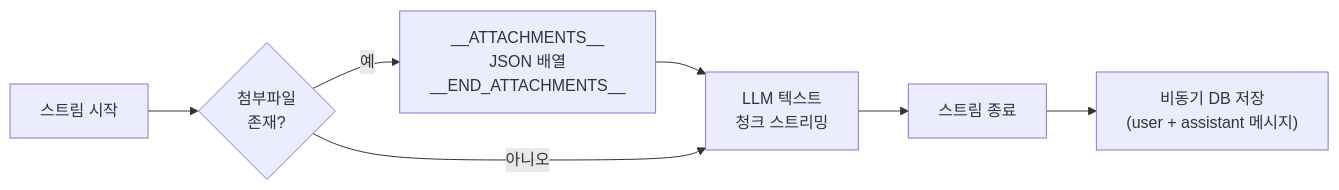
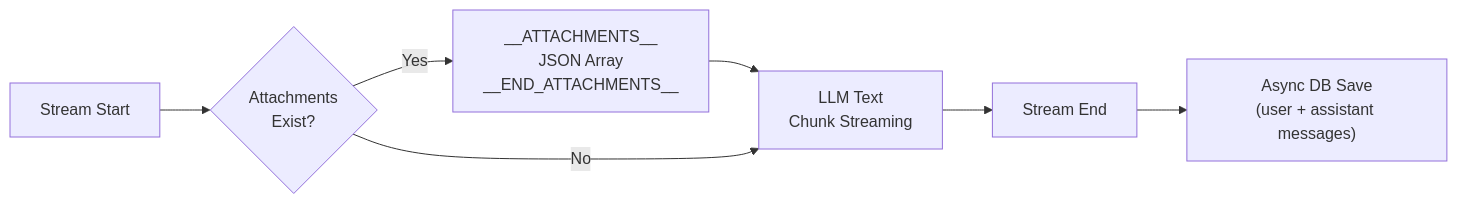
Before and after one commit to midasol/gemini-embedding-2: the diagram in docs/ko/API.md, drawn with Mermaid. The commit also changed other lines of this file and 17 other files, not shown here.

````diff
--- a/docs/ko/API.md
+++ b/docs/ko/API.md
@@ -437,9 +437,9 @@
 ```mermaid
 flowchart LR
-    A["스트림 시작"] --> B{"첨부파일<br/>존재?"}
-    B -->|예| C["__ATTACHMENTS__<br/>JSON 배열<br/>__END_ATTACHMENTS__"]
-    C --> D["LLM 텍스트<br/>청크 스트리밍"]
-    B -->|아니오| D
-    D --> E["스트림 종료"]
-    E --> F["비동기 DB 저장<br/>(user + assistant 메시지)"]
+    A["Stream Start"] --> B{"Attachments<br/>Exist?"}
+    B -->|Yes| C["__ATTACHMENTS__<br/>JSON Array<br/>__END_ATTACHMENTS__"]
+    C --> D["LLM Text<br/>Chunk Streaming"]
+    B -->|No| D
+    D --> E["Stream End"]
+    E --> F["Async DB Save<br/>(user + assistant messages)"]
 ```
````
